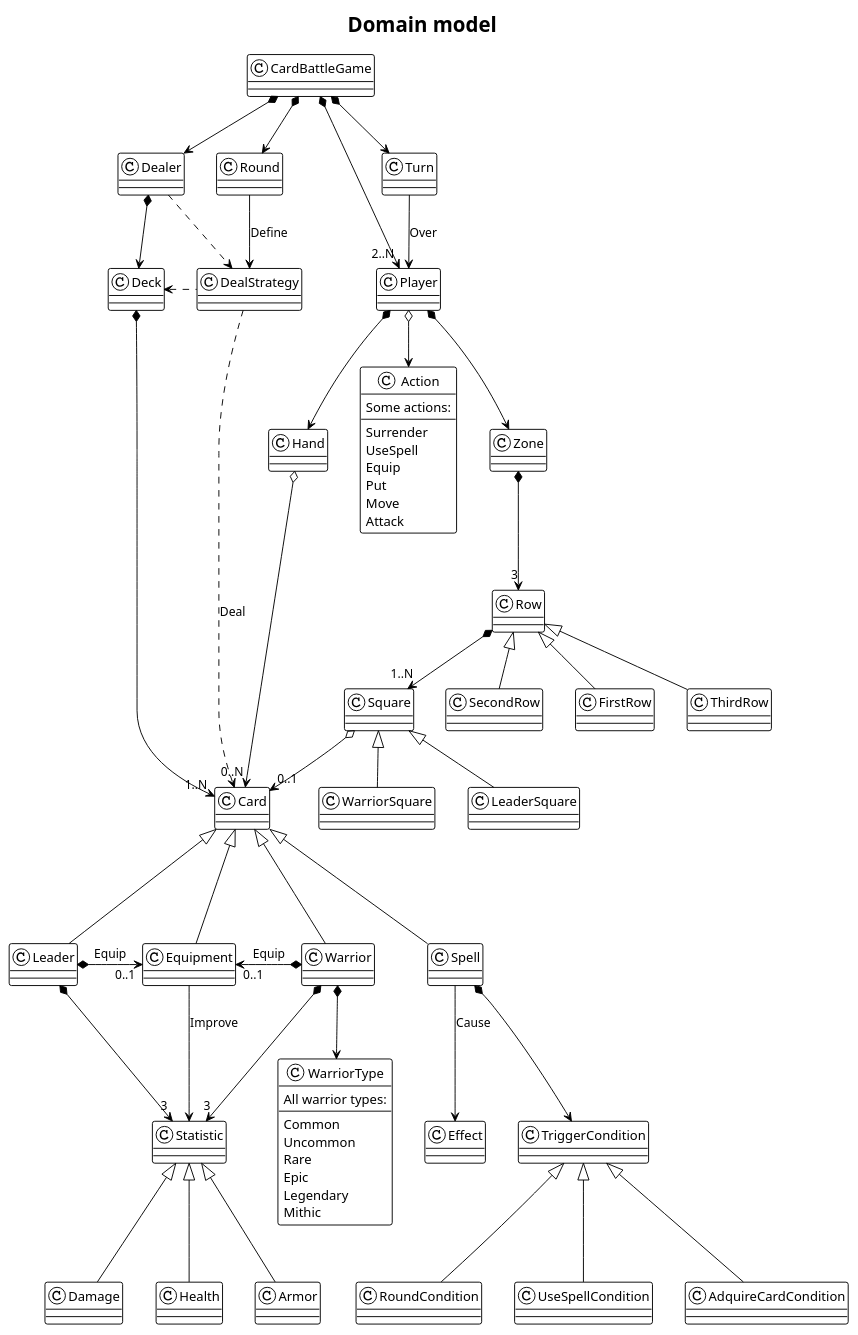
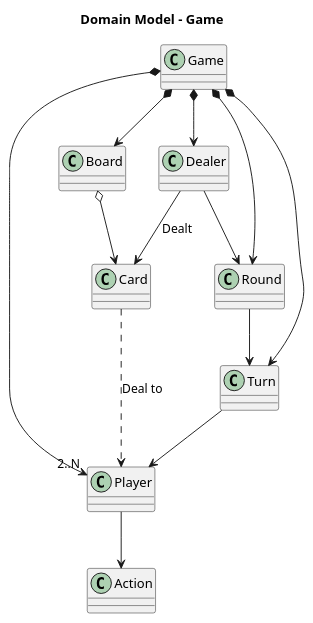
Before and after one commit to DainWs/Crazy-Random-Multiverse: the diagram in docs/development/diagrams/domain_model.plantuml, drawn with PlantUML. The commit also changed 27 other files, not shown here.

```diff
--- a/docs/development/diagrams/domain_model.plantuml
+++ b/docs/development/diagrams/domain_model.plantuml
@@ -1,89 +1,28 @@
-@startuml 
-title "Domain model"
-!theme plain
+@startuml
+title "Domain Model - Game"
 
-class Player
-class Card
-class Leader
-class Equipment
-class Spell
-class Warrior
-class Statistic
-class Round
-class Turn
+class Game {}
+class Player {}
+class Action {}
+class Dealer {}
+class Board {}
+class Card {}
 
-class WarriorType {
- All warrior types:
-____
- Common
- Uncommon
- Rare
- Epic
- Legendary
- Mithic
-}
+Game *--> Turn
+Game *--> Round
+Game *--> Dealer
+Game *--> Board
+Game *--> "2..N" Player
 
-class Action {
- Some actions:
-____
- Surrender
- UseSpell
- Equip
- Put
- Move
- Attack
-}
+Round --> Turn
 
-CardBattleGame *--> Turn
-CardBattleGame *--> Round
-CardBattleGame *--> "2..N" Player
-CardBattleGame *--> Dealer
+Turn --> Player
 
-Turn --> Player : Over
+Dealer --> Round
+Dealer --> Card : Dealt
 
-Round --> DealStrategy : Define
-Dealer ..> DealStrategy
-Dealer *--> Deck
-DealStrategy ..> Card : Deal
-DealStrategy .l.> Deck
-Deck *--> " 1..N" Card
+Board o--> Card
+Card ..> Player : Deal to
 
-Player o--> Action
-Player *--> Zone
-
-Zone *--> "3" Row
-Row <|-- ThirdRow
-Row <|-- SecondRow
-Row <|-- FirstRow
-Row *--> "1..N" Square
-Square o--> "0..1" Card
-Square <|-- LeaderSquare
-Square <|-- WarriorSquare
-
-Player *--> Hand
-Hand o----> "0..N" Card
-
-Card <|--- Leader
-Card <|--- Warrior
-Card <|--- Equipment
-Card <|--- Spell
-
-Warrior *--> WarriorType
-
-Leader *-r-> "0..1" Equipment : Equip
-Warrior *-l-> "0..1" Equipment : Equip
-
-Leader *--> "3" Statistic
-Warrior *--> "3" Statistic
-Equipment --> Statistic : Improve
-
-Statistic <|-- Damage
-Statistic <|-- Health
-Statistic <|-- Armor
-
-Spell --> Effect : Cause
-Spell *--> TriggerCondition
-TriggerCondition <|-- RoundCondition
-TriggerCondition <|-- UseSpellCondition
-TriggerCondition <|-- AdquireCardCondition
-@enduml 
+Player --> Action
+@enduml
```
